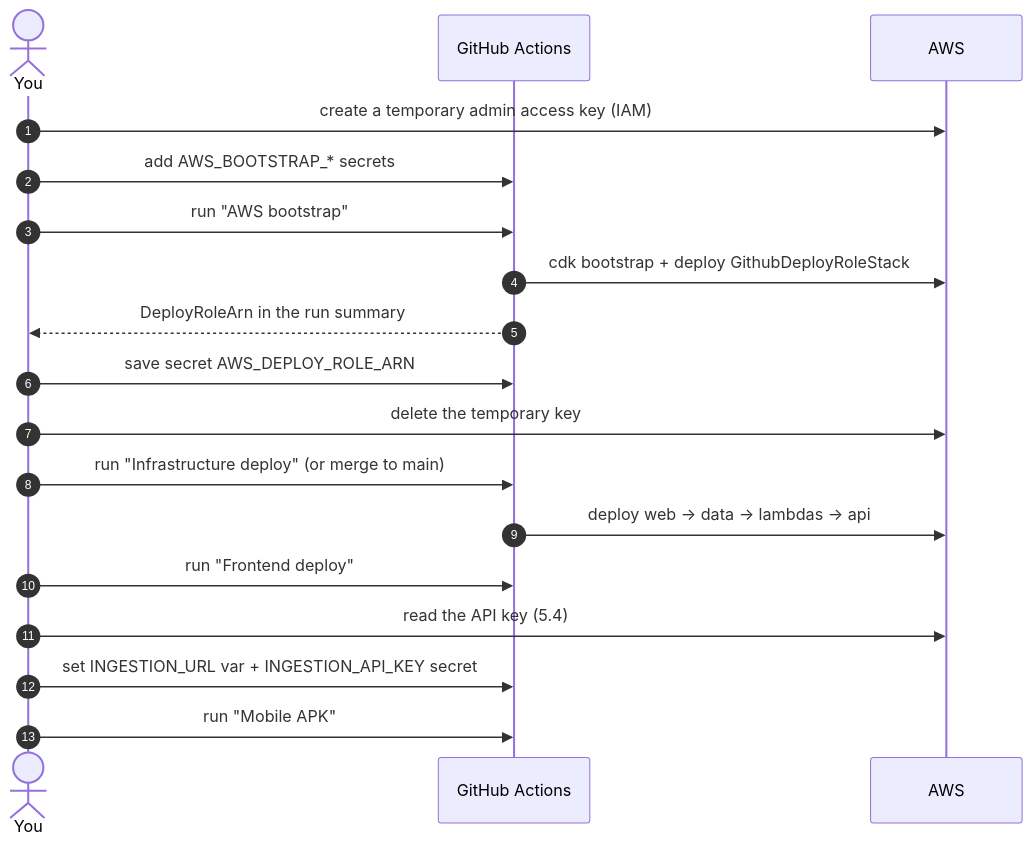
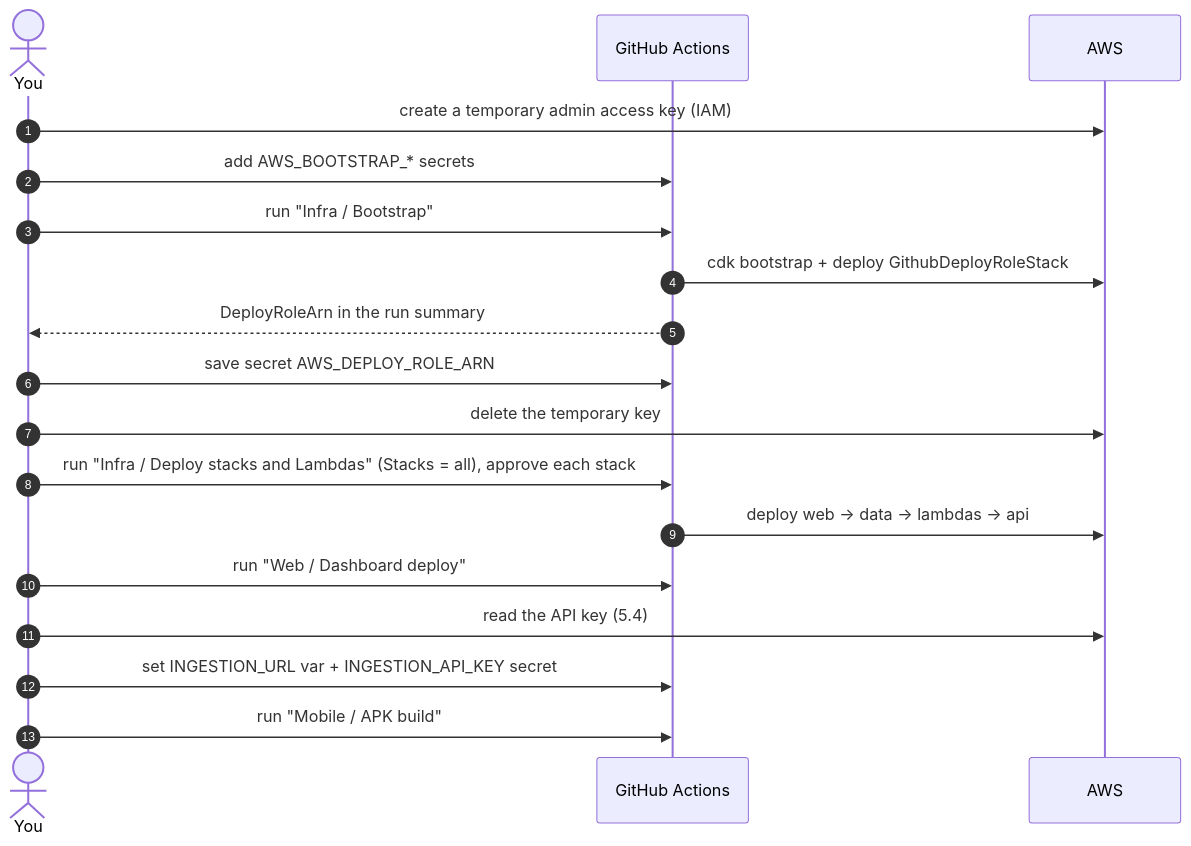
One commit to lupseIV/DataInfrastructure_404PorscheNotFound changed the eighth of 9 diagrams in docs/infrastructure.md. Above: the diagram before and after it, drawn with Mermaid. The commit also changed other lines of this file and 14 other files, not shown here.

First line of the commit message:
Organize workflows by area and deploy stacks and Lambdas per job

````diff
--- a/docs/infrastructure.md
+++ b/docs/infrastructure.md
@@ -393,21 +469,21 @@
 ```mermaid
 sequenceDiagram
     autonumber
     actor You
     participant GH as GitHub Actions
     participant AWS
 
     You->>AWS: create a temporary admin access key (IAM)
     You->>GH: add AWS_BOOTSTRAP_* secrets
-    You->>GH: run "AWS bootstrap"
+    You->>GH: run "Infra / Bootstrap"
     GH->>AWS: cdk bootstrap + deploy GithubDeployRoleStack
     GH-->>You: DeployRoleArn in the run summary
     You->>GH: save secret AWS_DEPLOY_ROLE_ARN
     You->>AWS: delete the temporary key
-    You->>GH: run "Infrastructure deploy" (or merge to main)
+    You->>GH: run "Infra / Deploy stacks and Lambdas" (Stacks = all), approve each stack
     GH->>AWS: deploy web → data → lambdas → api
-    You->>GH: run "Frontend deploy"
+    You->>GH: run "Web / Dashboard deploy"
     You->>AWS: read the API key (5.4)
     You->>GH: set INGESTION_URL var + INGESTION_API_KEY secret
-    You->>GH: run "Mobile APK"
+    You->>GH: run "Mobile / APK build"
 ```
````
